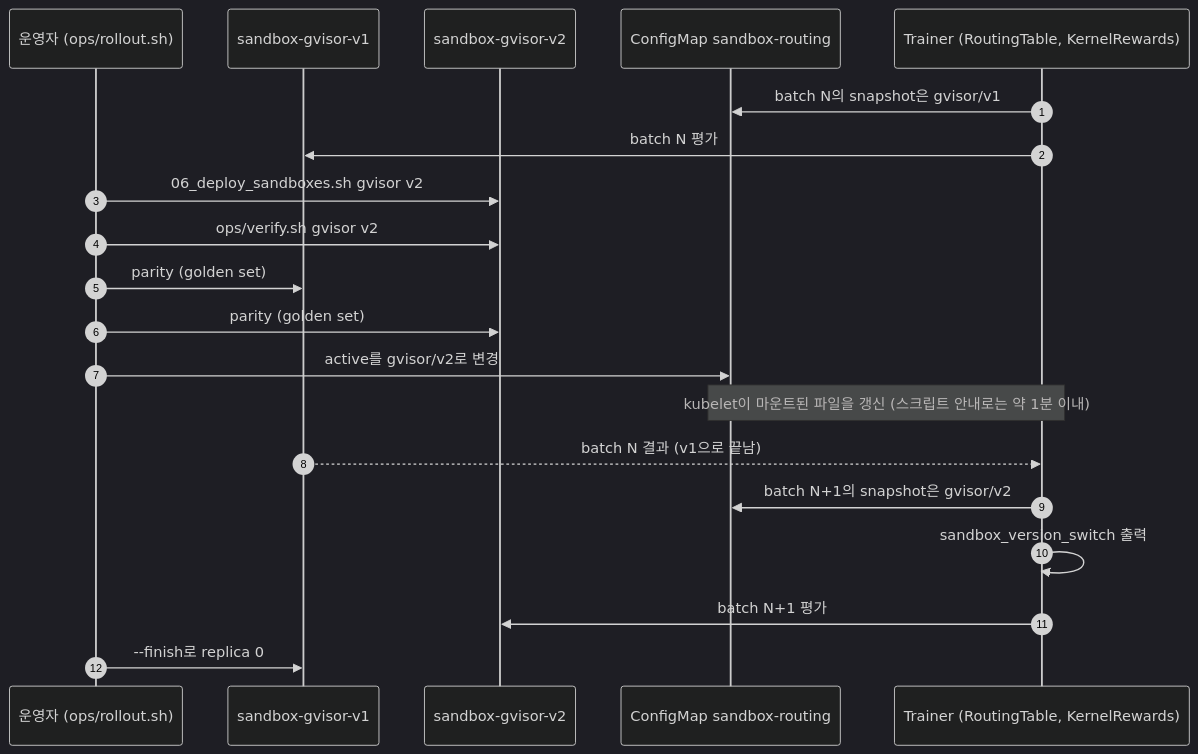
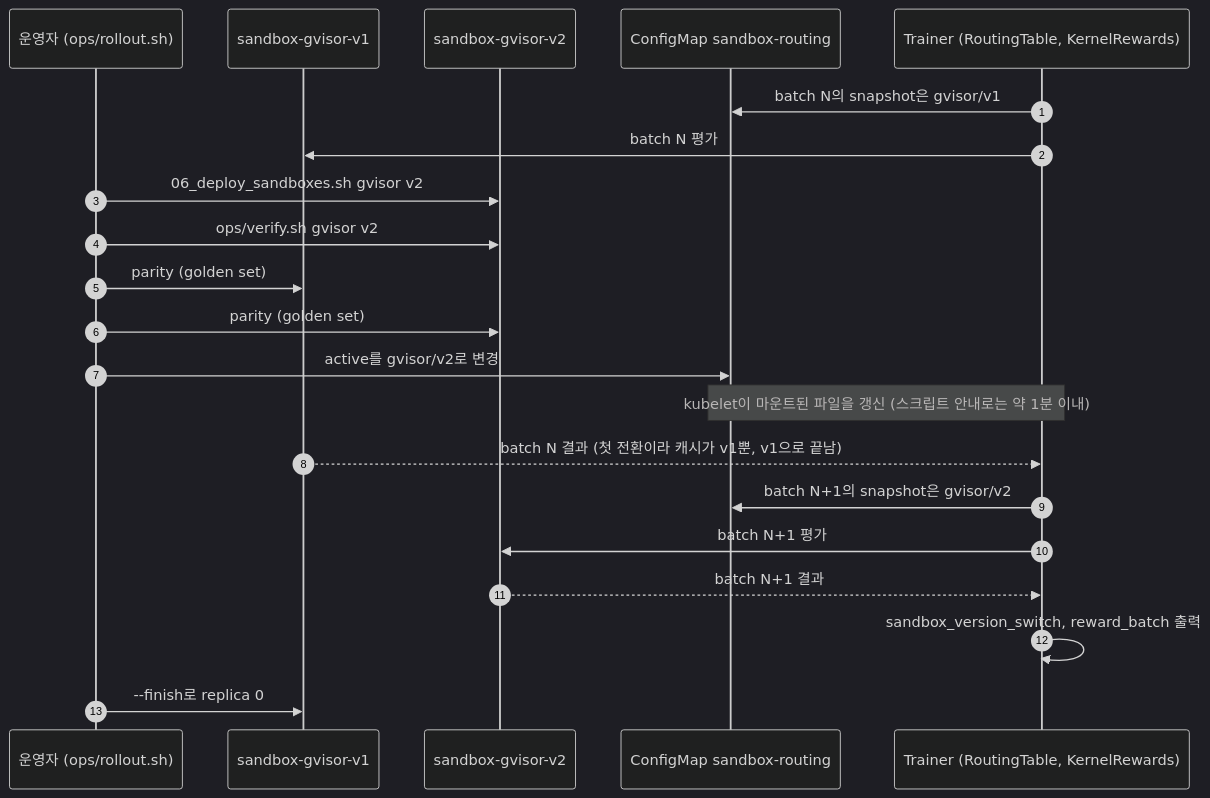
The diagram in docs/handson/06_sandbox_update.md (daekeun-ml/gpu-sandbox-on-aws), drawn with Mermaid (dark theme) before and after one commit. The commit also changed other lines of this file and 171 other files, not shown here.

````diff
--- a/docs/handson/06_sandbox_update.md
+++ b/docs/handson/06_sandbox_update.md
@@ -147,22 +147,23 @@
 ```mermaid
 sequenceDiagram
     autonumber
     participant Op as 운영자 (ops/rollout.sh)
     participant V1 as sandbox-gvisor-v1
     participant V2 as sandbox-gvisor-v2
     participant CM as ConfigMap sandbox-routing
     participant T as Trainer (RoutingTable, KernelRewards)
     T->>CM: batch N의 snapshot은 gvisor/v1
     T->>V1: batch N 평가
     Op->>V2: 06_deploy_sandboxes.sh gvisor v2
     Op->>V2: ops/verify.sh gvisor v2
     Op->>V1: parity (golden set)
     Op->>V2: parity (golden set)
     Op->>CM: active를 gvisor/v2로 변경
     Note over CM,T: kubelet이 마운트된 파일을 갱신 (스크립트 안내로는 약 1분 이내)
-    V1-->>T: batch N 결과 (v1으로 끝남)
+    V1-->>T: batch N 결과 (첫 전환이라 캐시가 v1뿐, v1으로 끝남)
     T->>CM: batch N+1의 snapshot은 gvisor/v2
-    T->>T: sandbox_version_switch 출력
     T->>V2: batch N+1 평가
+    V2-->>T: batch N+1 결과
+    T->>T: sandbox_version_switch, reward_batch 출력
     Op->>V1: --finish로 replica 0
 ```
````
